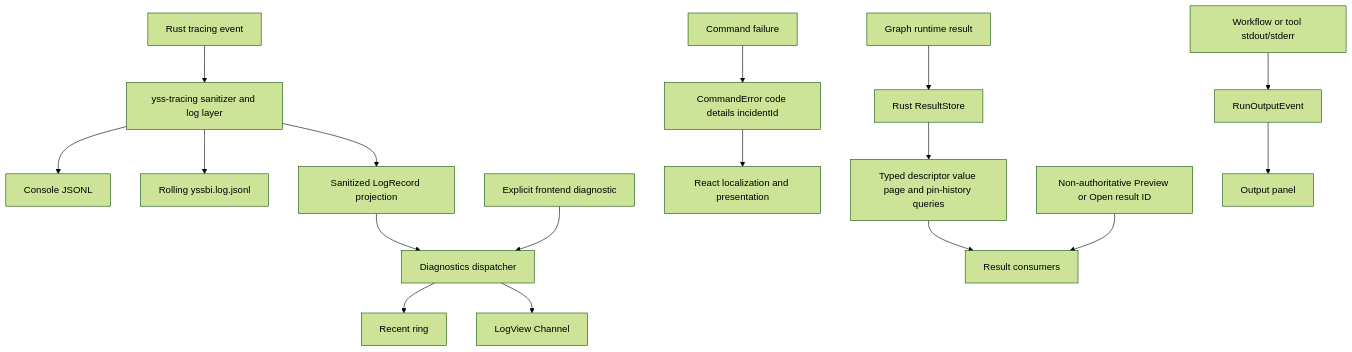
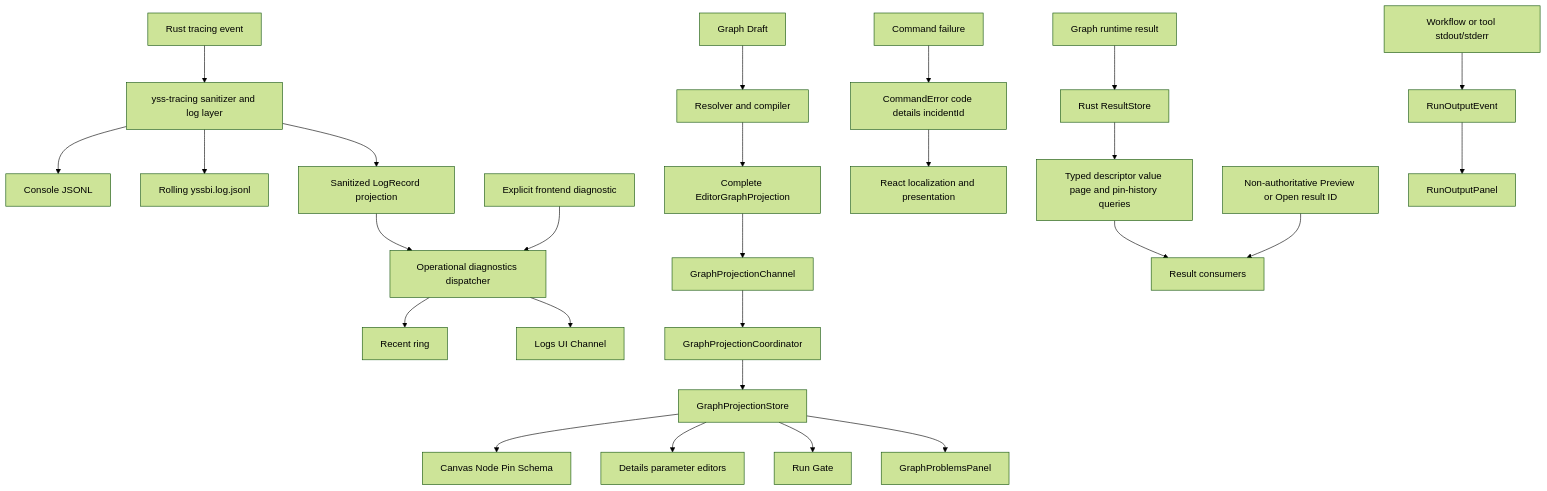
Before and after one commit to zhouyi207/YssBI: the diagram in docs/architecture/DIAGNOSTICS_ERRORS_AND_OUTPUT.md, drawn with Mermaid (forest theme). The commit also changed other lines of this file and 3 other files, not shown here.

Commit message:
docs(architecture): document projection data boundaries

````diff
--- a/docs/architecture/DIAGNOSTICS_ERRORS_AND_OUTPUT.md
+++ b/docs/architecture/DIAGNOSTICS_ERRORS_AND_OUTPUT.md
@@ -24,22 +26,32 @@
 ```mermaid
 flowchart TD
     RustEvent[Rust tracing event] --> Logging[yss-tracing sanitizer and log layer]
     Logging --> Console[Console JSONL]
     Logging --> Jsonl[Rolling yssbi.log.jsonl]
     Logging --> Projection[Sanitized LogRecord projection]
-    Projection --> Diagnostics[Diagnostics dispatcher]
+    Projection --> Diagnostics[Operational diagnostics dispatcher]
     FrontendEvent[Explicit frontend diagnostic] --> Diagnostics
     Diagnostics --> Recent[Recent ring]
-    Diagnostics --> LogChannel[LogView Channel]
+    Diagnostics --> LogChannel[Logs UI Channel]
+
+    GraphDraft[Graph Draft] --> Resolver[Resolver and compiler]
+    Resolver --> GraphProjection[Complete EditorGraphProjection]
+    GraphProjection --> ProjectionChannel[GraphProjectionChannel]
+    ProjectionChannel --> ProjectionCoordinator[GraphProjectionCoordinator]
+    ProjectionCoordinator --> ProjectionStore[GraphProjectionStore]
+    ProjectionStore --> Canvas[Canvas Node Pin Schema]
+    ProjectionStore --> Details[Details parameter editors]
+    ProjectionStore --> RunGate[Run Gate]
+    ProjectionStore --> ProblemsPanel[GraphProblemsPanel]
 
     CommandFailure[Command failure] --> CommandError[CommandError code details incidentId]
     CommandError --> ReactMapping[React localization and presentation]
 
     RuntimeResult[Graph runtime result] --> ResultStore[Rust ResultStore]
     ResultStore --> ResultQueries[Typed descriptor value page and pin-history queries]
     ResultQueries --> ResultUi[Result consumers]
     ResultNotice[Non-authoritative Preview or Open result ID] --> ResultUi
 
     WorkflowToolOutput[Workflow or tool stdout/stderr] --> RunOutput[RunOutputEvent]
-    RunOutput --> OutputPanel[Output panel]
+    RunOutput --> OutputPanel[RunOutputPanel]
 ```
````
